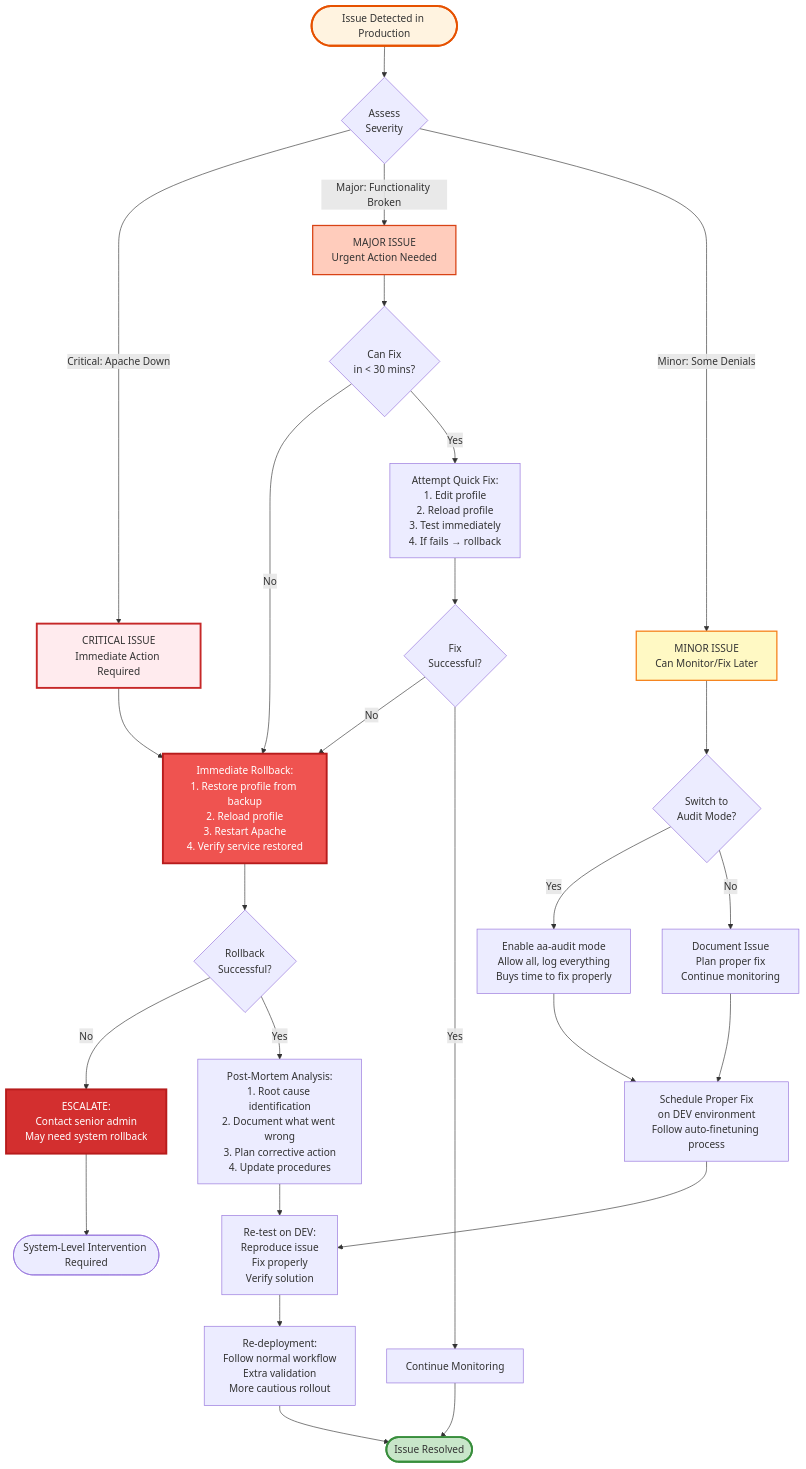
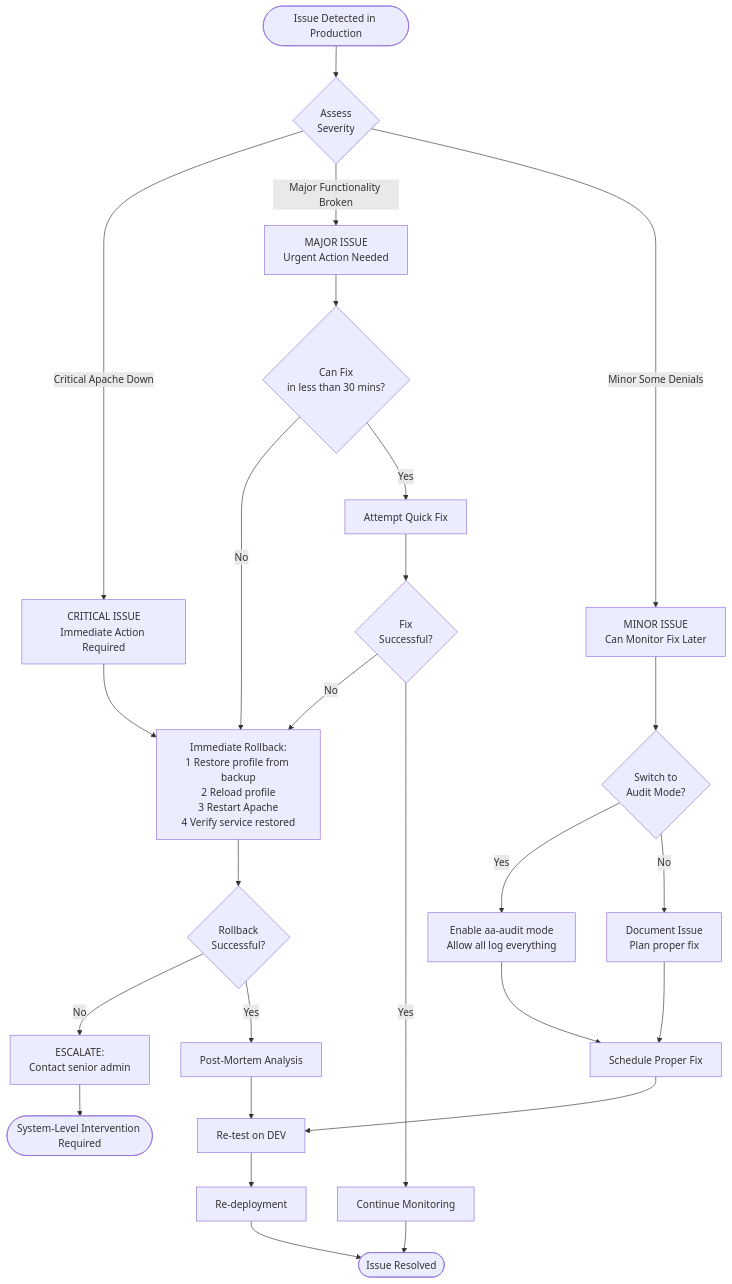
One commit to jimmyloi1025/apparmor_automation changed diagram 13 of 16 in COMPLETE_WORKFLOW.md. Above: the diagram before and after it, drawn with Mermaid. The commit also changed other lines of this file, not shown here.

````diff
--- a/COMPLETE_WORKFLOW.md
+++ b/COMPLETE_WORKFLOW.md
@@ -1926,51 +1814,42 @@
 ```mermaid
 flowchart TD
     Issue([Issue Detected in Production]) --> Assess{Assess<br/>Severity}
     
-    Assess -->|Critical: Apache Down| Critical[CRITICAL ISSUE<br/>Immediate Action Required]
-    Assess -->|Major: Functionality Broken| Major[MAJOR ISSUE<br/>Urgent Action Needed]
-    Assess -->|Minor: Some Denials| Minor[MINOR ISSUE<br/>Can Monitor/Fix Later]
+    Assess -->|Critical Apache Down| Critical[CRITICAL ISSUE<br/>Immediate Action Required]
+    Assess -->|Major Functionality Broken| Major[MAJOR ISSUE<br/>Urgent Action Needed]
+    Assess -->|Minor Some Denials| Minor[MINOR ISSUE<br/>Can Monitor Fix Later]
     
-    Critical --> ImmediateRollback[Immediate Rollback:<br/>1. Restore profile from backup<br/>2. Reload profile<br/>3. Restart Apache<br/>4. Verify service restored]
+    Critical --> ImmediateRollback[Immediate Rollback:<br/>1 Restore profile from backup<br/>2 Reload profile<br/>3 Restart Apache<br/>4 Verify service restored]
     
-    Major --> QuickDecision{Can Fix<br/>in < 30 mins?}
+    Major --> QuickDecision{Can Fix<br/>in less than 30 mins?}
     
     QuickDecision -->|No| ImmediateRollback
-    QuickDecision -->|Yes| QuickFix[Attempt Quick Fix:<br/>1. Edit profile<br/>2. Reload profile<br/>3. Test immediately<br/>4. If fails → rollback]
+    QuickDecision -->|Yes| QuickFix[Attempt Quick Fix]
     
     QuickFix --> FixResult{Fix<br/>Successful?}
     
     FixResult -->|No| ImmediateRollback
-    FixResult -->|Yes| Monitor[Continue Monitoring]
+    FixResult -->|Yes| ContinueMonitor[Continue Monitoring]
     
     Minor --> AuditMode{Switch to<br/>Audit Mode?}
     
-    AuditMode -->|Yes| EnableAudit[Enable aa-audit mode<br/>Allow all, log everything<br/>Buys time to fix properly]
-    AuditMode -->|No| DocumentMinor[Document Issue<br/>Plan proper fix<br/>Continue monitoring]
+    AuditMode -->|Yes| EnableAudit[Enable aa-audit mode<br/>Allow all log everything]
+    AuditMode -->|No| DocumentMinor[Document Issue<br/>Plan proper fix]
     
-    EnableAudit --> ScheduleFix[Schedule Proper Fix<br/>on DEV environment<br/>Follow auto-finetuning process]
+    EnableAudit --> ScheduleFix[Schedule Proper Fix]
     DocumentMinor --> ScheduleFix
     
     ImmediateRollback --> VerifyRollback{Rollback<br/>Successful?}
     
-    VerifyRollback -->|No| Escalate[ESCALATE:<br/>Contact senior admin<br/>May need system rollback]
-    VerifyRollback -->|Yes| PostMortem[Post-Mortem Analysis:<br/>1. Root cause identification<br/>2. Document what went wrong<br/>3. Plan corrective action<br/>4. Update procedures]
+    VerifyRollback -->|No| Escalate[ESCALATE:<br/>Contact senior admin]
+    VerifyRollback -->|Yes| PostMortem[Post-Mortem Analysis]
     
-    PostMortem --> ReTest[Re-test on DEV:<br/>Reproduce issue<br/>Fix properly<br/>Verify solution]
-    
+    PostMortem --> ReTest[Re-test on DEV]
     ScheduleFix --> ReTest
     
-    ReTest --> ReDeploy[Re-deployment:<br/>Follow normal workflow<br/>Extra validation<br/>More cautious rollout]
+    ReTest --> ReDeploy[Re-deployment]
     
-    Monitor --> Complete([Issue Resolved])
+    ContinueMonitor --> Complete([Issue Resolved])
     ReDeploy --> Complete
     Escalate --> End([System-Level Intervention Required])
-    
-    style Issue fill:#fff3e0,stroke:#e65100,stroke-width:3px
-    style Critical fill:#ffebee,stroke:#c62828,stroke-width:3px
-    style Major fill:#ffccbc,stroke:#d84315,stroke-width:2px
-    style Minor fill:#fff9c4,stroke:#f57f17,stroke-width:2px
-    style ImmediateRollback fill:#ef5350,stroke:#b71c1c,stroke-width:3px,color:#fff
-    style Complete fill:#c8e6c9,stroke:#388e3c,stroke-width:3px
-    style Escalate fill:#d32f2f,stroke:#b71c1c,stroke-width:3px,color:#fff
 ```
````
